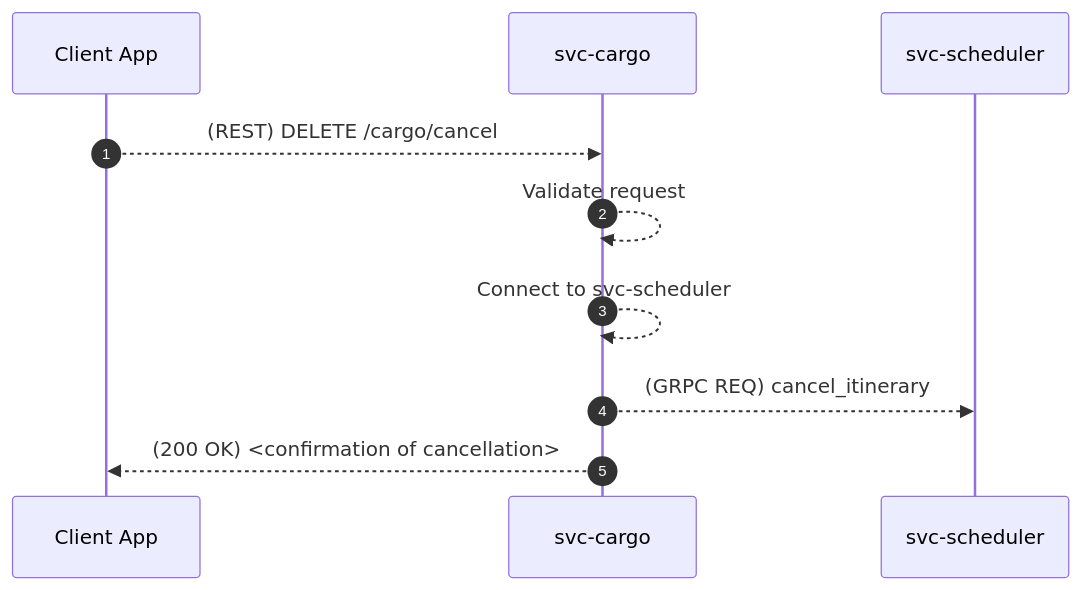
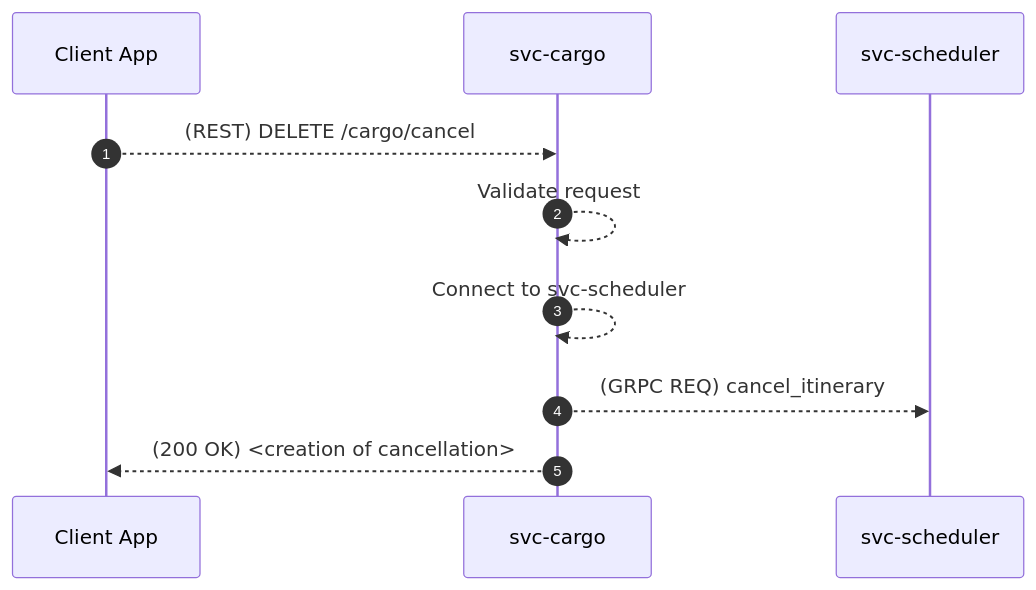
Before and after one commit to aetheric-oss/svc-cargo: diagram 14 of 25 in docs/sdd.md, drawn with Mermaid. The commit also changed other lines of this file and 18 other files, not shown here.

````diff
--- a/docs/sdd.md
+++ b/docs/sdd.md
@@ -298,12 +324,12 @@
 ```mermaid
 sequenceDiagram
     autonumber
     participant client as Client App
     participant cargo as svc-cargo
     participant scheduler as svc-scheduler
     client-->>cargo: (REST) DELETE /cargo/cancel
     cargo-->>cargo: Validate request
     cargo-->>cargo: Connect to svc-scheduler
     cargo-->>scheduler: (GRPC REQ) cancel_itinerary
-    cargo-->>client: (200 OK) <confirmation of cancellation>
+    cargo-->>client: (200 OK) <creation of cancellation>
 ```
````
